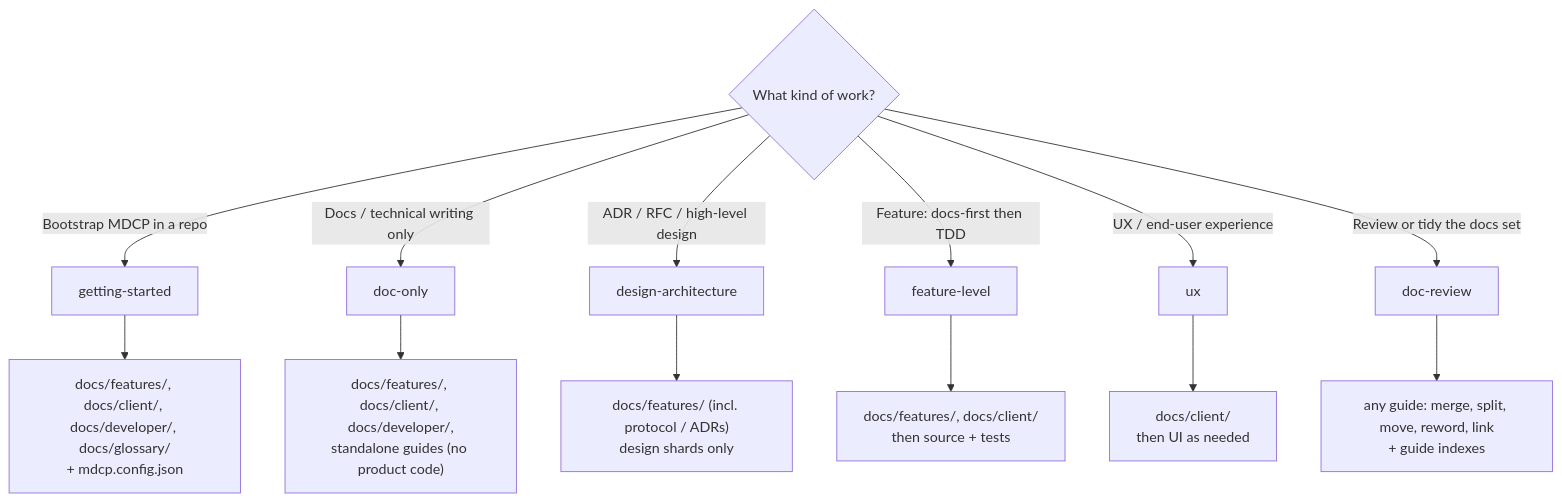
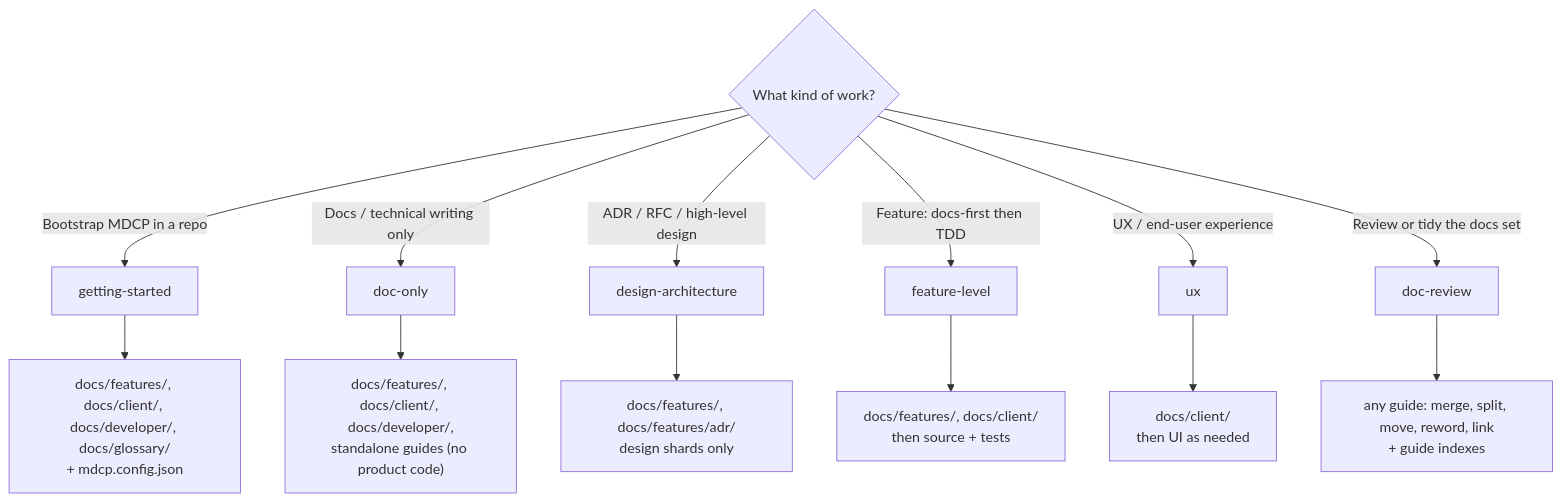
The diagram in skills/mdcp/SKILL.md (Merlon-Docs/merlon), drawn with Mermaid before and after one commit. The commit also changed 2 other files, not shown here.

Commit message:
docs(skill): route design work to features and its adr directory
Resolves review finding 159 (2026-10-05) on the skill side. The routing
diagram in SKILL.md gave the design-architecture workflow the target
"docs/features/ (incl. protocol / ADRs)". The default layout defines no
protocol tier, and the workflow writes to docs/features/ and
docs/features/adr/, as its own workflow file and the Standard workflows
table in Skill workflows say. The node now lists those two
directories.

Evidence: git grep for "incl. protocol" under skills/ exits 1. The
ai-tells script finds nothing on changed lines. pnpm skill:validate and
pnpm docs:check pass.

Claude-Session: https://claude.ai/code/session_01BUYZqYZGffBb4niYqqkoAH

````diff
--- a/skills/mdcp/SKILL.md
+++ b/skills/mdcp/SKILL.md
@@ -312,18 +312,18 @@
 ```mermaid
 flowchart TB
   Q{What kind of work?}
 
   Q -->|Bootstrap MDCP in a repo| GS[getting-started]
   Q -->|Docs / technical writing only| DO[doc-only]
   Q -->|ADR / RFC / high-level design| DA[design-architecture]
   Q -->|Feature: docs-first then TDD| FL[feature-level]
   Q -->|UX / end-user experience| UX[ux]
   Q -->|Review or tidy the docs set| DR[doc-review]
 
   GS --> GSa["docs/features/, docs/client/, docs/developer/, docs/glossary/<br/>+ mdcp.config.json"]
   DO --> DOa["docs/features/, docs/client/, docs/developer/,<br/>standalone guides (no product code)"]
-  DA --> DAa["docs/features/ (incl. protocol / ADRs)<br/>design shards only"]
+  DA --> DAa["docs/features/, docs/features/adr/<br/>design shards only"]
   FL --> FLa["docs/features/, docs/client/<br/>then source + tests"]
   UX --> UXa["docs/client/<br/>then UI as needed"]
   DR --> DRa["any guide: merge, split, move, reword, link<br/>+ guide indexes"]
 ```
````
